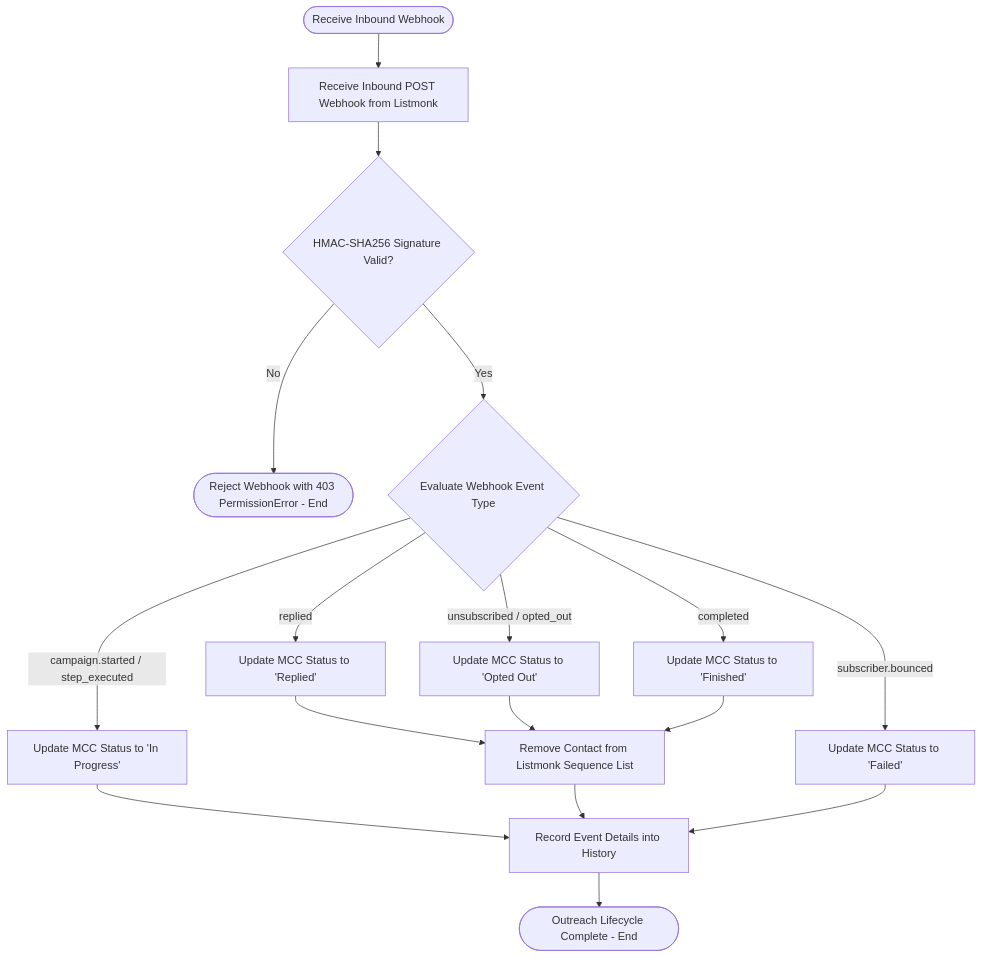
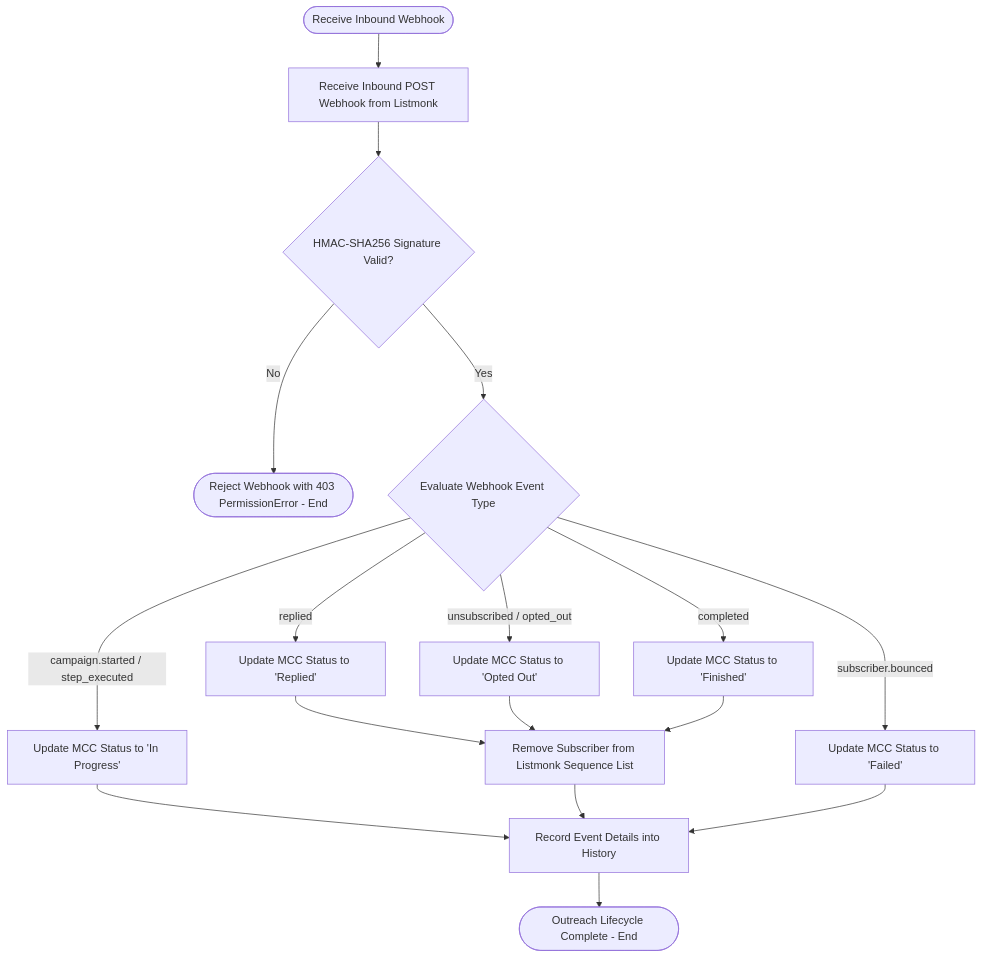
One commit to aurumorcom/frappe-cadence changed the diagram in docs/architecture/bpmn/04-webhook-feedback-and-engagement.md. Above: the diagram before and after it, drawn with Mermaid. The commit also changed other lines of this file and 3 other files, not shown here.

First line of the commit message:
docs: update Listmonk terminology from Contact to Subscriber

````diff
--- a/docs/architecture/bpmn/04-webhook-feedback-and-engagement.md
+++ b/docs/architecture/bpmn/04-webhook-feedback-and-engagement.md
@@ -5,24 +5,24 @@
 ```mermaid
 flowchart TD
     Start([Receive Inbound Webhook]) --> InboundWebhook[Receive Inbound POST Webhook from Listmonk]
     
     InboundWebhook --> VerifySignature{HMAC-SHA256 Signature Valid?}
     VerifySignature -- No --> RejectWebhook([Reject Webhook with 403 PermissionError - End])
     VerifySignature -- Yes --> ParseEvent{Evaluate Webhook Event Type}
     
     ParseEvent -- campaign.started / step_executed --> SetMCCInProgress[Update MCC Status to 'In Progress']
     ParseEvent -- replied --> SetMCCReplied[Update MCC Status to 'Replied']
     ParseEvent -- subscriber.bounced --> SetMCCBounced[Update MCC Status to 'Failed']
     ParseEvent -- unsubscribed / opted_out --> SetMCCOptedOut[Update MCC Status to 'Opted Out']
     ParseEvent -- completed --> SetMCCFinished[Update MCC Status to 'Finished']
     
-    SetMCCReplied --> RemoveFromSequence[Remove Contact from Listmonk Sequence List]
+    SetMCCReplied --> RemoveFromSequence[Remove Subscriber from Listmonk Sequence List]
     SetMCCOptedOut --> RemoveFromSequence
     SetMCCFinished --> RemoveFromSequence
     
     SetMCCInProgress --> LogInteraction[Record Event Details into History]
     RemoveFromSequence --> LogInteraction
     SetMCCBounced --> LogInteraction
     
     LogInteraction --> End([Outreach Lifecycle Complete - End])
 ```
````
